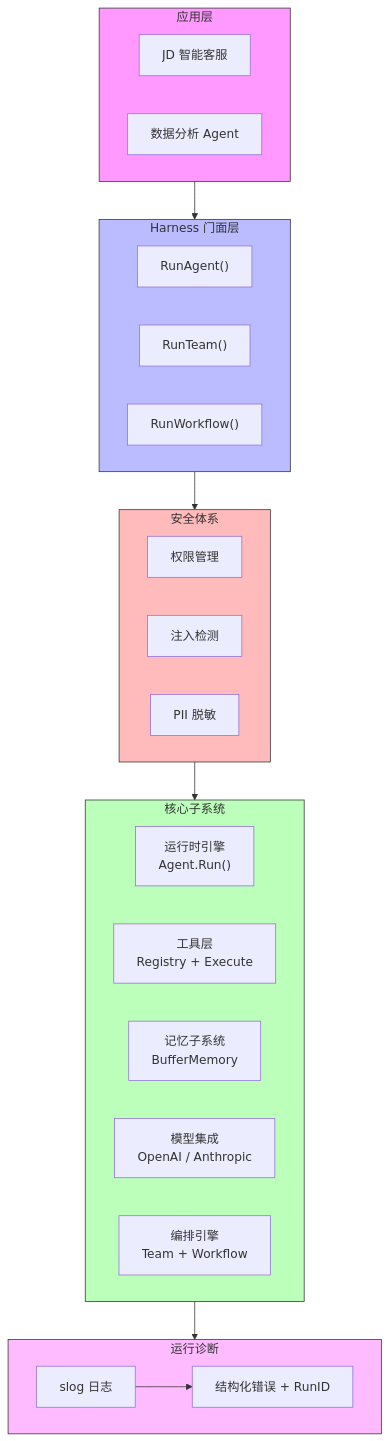
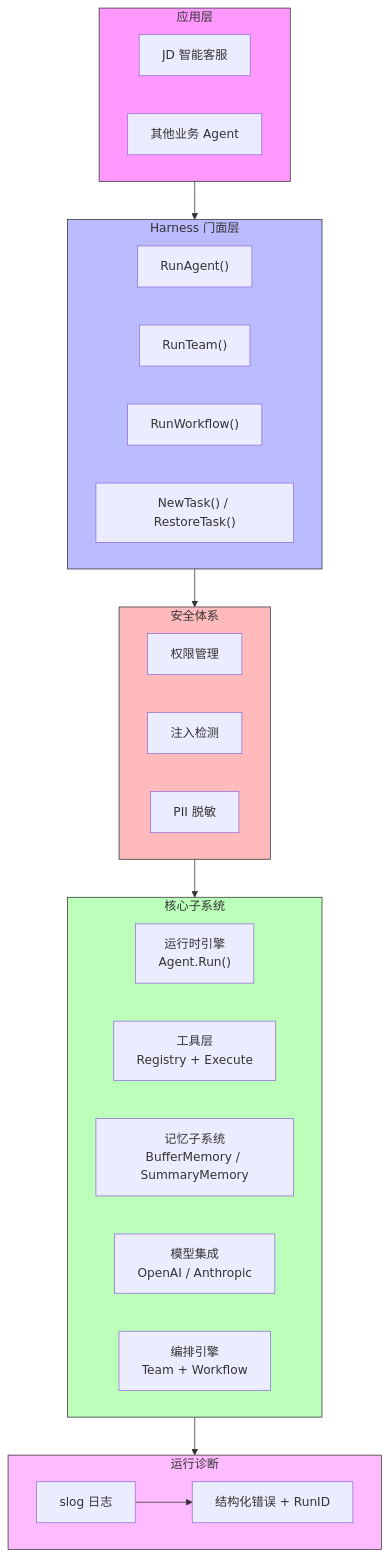
Before and after one commit to apexracing/tracklogic-agent: the first of 2 diagrams in docs/02-architecture.md, drawn with Mermaid. The commit also changed other lines of this file and 29 other files, not shown here.

````diff
--- a/docs/02-architecture.md
+++ b/docs/02-architecture.md
@@ -42,44 +43,45 @@
 ```mermaid
 graph TB
     subgraph APP["应用层"]
         JD["JD 智能客服"]
-        DA["数据分析 Agent"]
+        DA["其他业务 Agent"]
     end
     
     subgraph FACADE["Harness 门面层"]
         RA["RunAgent()"]
         RT["RunTeam()"]
         RW["RunWorkflow()"]
+        TASK["NewTask() / RestoreTask()"]
     end
     
     subgraph CORE["核心子系统"]
         ENG["运行时引擎<br/>Agent.Run()"]
         TOOL["工具层<br/>Registry + Execute"]
-        MEM["记忆子系统<br/>BufferMemory"]
+        MEM["记忆子系统<br/>BufferMemory / SummaryMemory"]
         MOD["模型集成<br/>OpenAI / Anthropic"]
         ORCH["编排引擎<br/>Team + Workflow"]
     end
     
     subgraph SEC["安全体系"]
         PM["权限管理"]
         INJ["注入检测"]
         PII["PII 脱敏"]
     end
     
     subgraph OBS["运行诊断"]
         LOG["slog 日志"]
         ERR["结构化错误 + RunID"]
     end
     
     APP --> FACADE
     FACADE --> SEC
     SEC --> CORE
     CORE --> OBS
     LOG --> ERR
     
     style APP fill:#f9f,stroke:#333
     style FACADE fill:#bbf,stroke:#333
     style CORE fill:#bfb,stroke:#333
     style SEC fill:#fbb,stroke:#333
     style OBS fill:#fbf,stroke:#333
 ```
````
